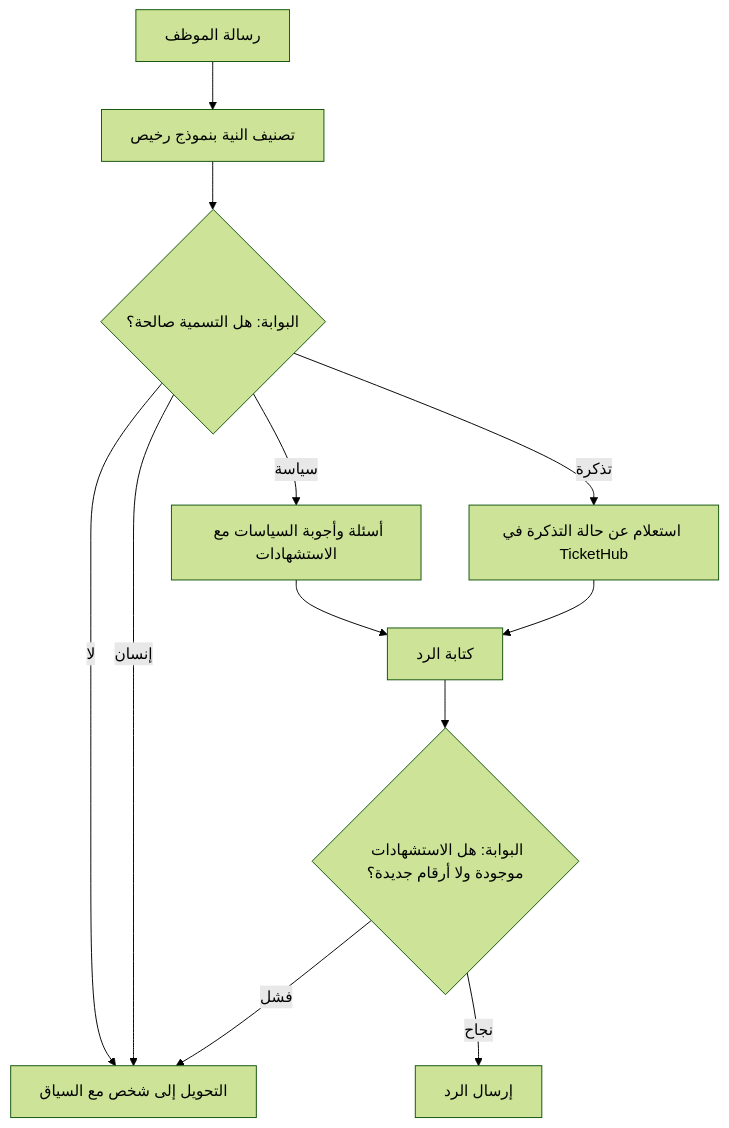
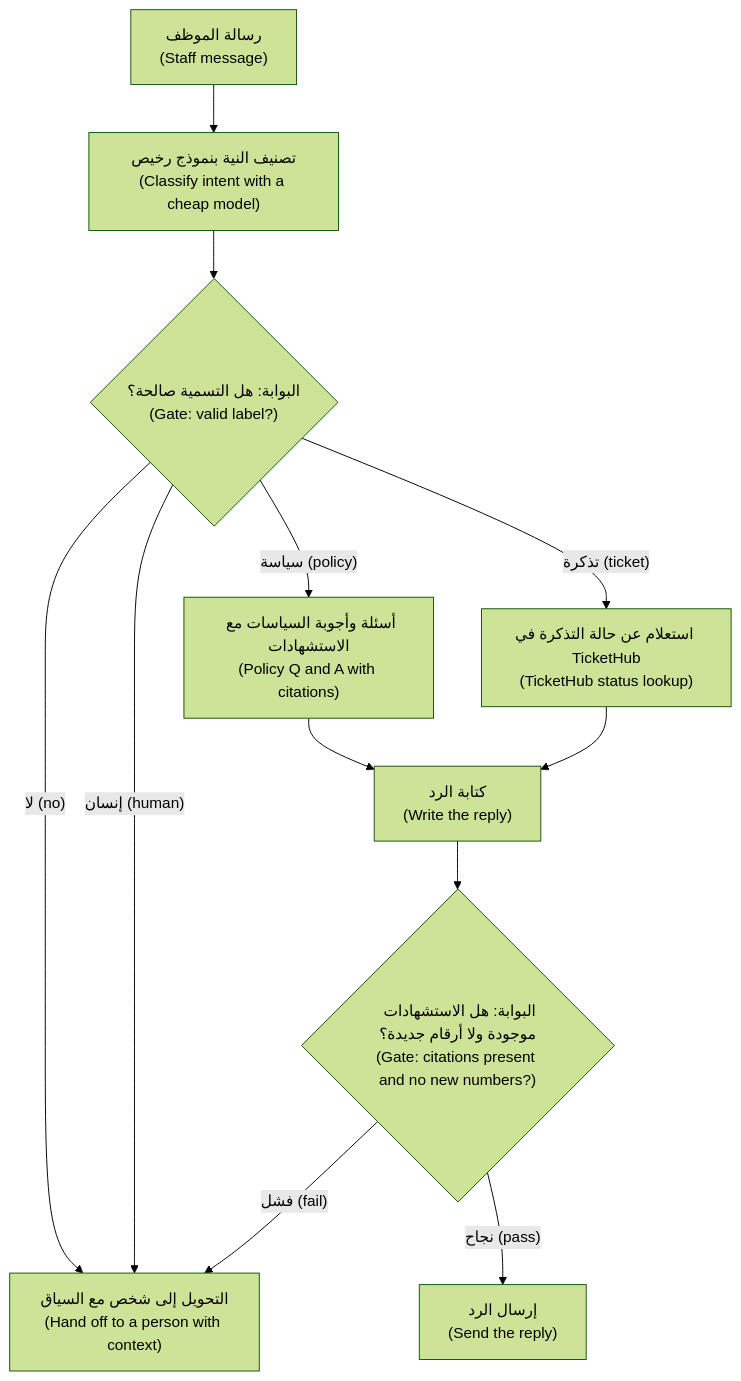
Before and after one commit to Tamoura/system-design-for-vibe-coders: the diagram in aiapps/modules/05-workflows.ar.md, drawn with Mermaid (forest theme). The commit also changed 17 other files, not shown here.

First line of the commit message:
AI applications & agents: Arabic edition complete (RTL diagrams, diagram glosses, translated 60-question exam)

````diff
--- a/aiapps/modules/05-workflows.ar.md
+++ b/aiapps/modules/05-workflows.ar.md
@@ -47,14 +47,14 @@
 ```mermaid
 flowchart TD
-    A["رسالة الموظف"] --> B["تصنيف النية بنموذج رخيص"]
-    B --> G1{"البوابة: هل التسمية صالحة؟"}
-    G1 -- "لا" --> H["التحويل إلى شخص مع السياق"]
-    G1 -- "سياسة" --> P["أسئلة وأجوبة السياسات مع الاستشهادات"]
-    G1 -- "تذكرة" --> T["استعلام عن حالة التذكرة في TicketHub"]
-    G1 -- "إنسان" --> H
-    P --> S["كتابة الرد"]
+    A["رسالة الموظف<br/>(Staff message)"] --> B["تصنيف النية بنموذج رخيص<br/>(Classify intent with a cheap model)"]
+    B --> G1{"البوابة: هل التسمية صالحة؟<br/>(Gate: valid label?)"}
+    G1 -- "لا (no)" --> H["التحويل إلى شخص مع السياق<br/>(Hand off to a person with context)"]
+    G1 -- "سياسة (policy)" --> P["أسئلة وأجوبة السياسات مع الاستشهادات<br/>(Policy Q and A with citations)"]
+    G1 -- "تذكرة (ticket)" --> T["استعلام عن حالة التذكرة في TicketHub<br/>(TicketHub status lookup)"]
+    G1 -- "إنسان (human)" --> H
+    P --> S["كتابة الرد<br/>(Write the reply)"]
     T --> S
-    S --> G2{"البوابة: هل الاستشهادات موجودة ولا أرقام جديدة؟"}
-    G2 -- "نجاح" --> R["إرسال الرد"]
-    G2 -- "فشل" --> H
+    S --> G2{"البوابة: هل الاستشهادات موجودة ولا أرقام جديدة؟<br/>(Gate: citations present and no new numbers?)"}
+    G2 -- "نجاح (pass)" --> R["إرسال الرد<br/>(Send the reply)"]
+    G2 -- "فشل (fail)" --> H
 ```
````
